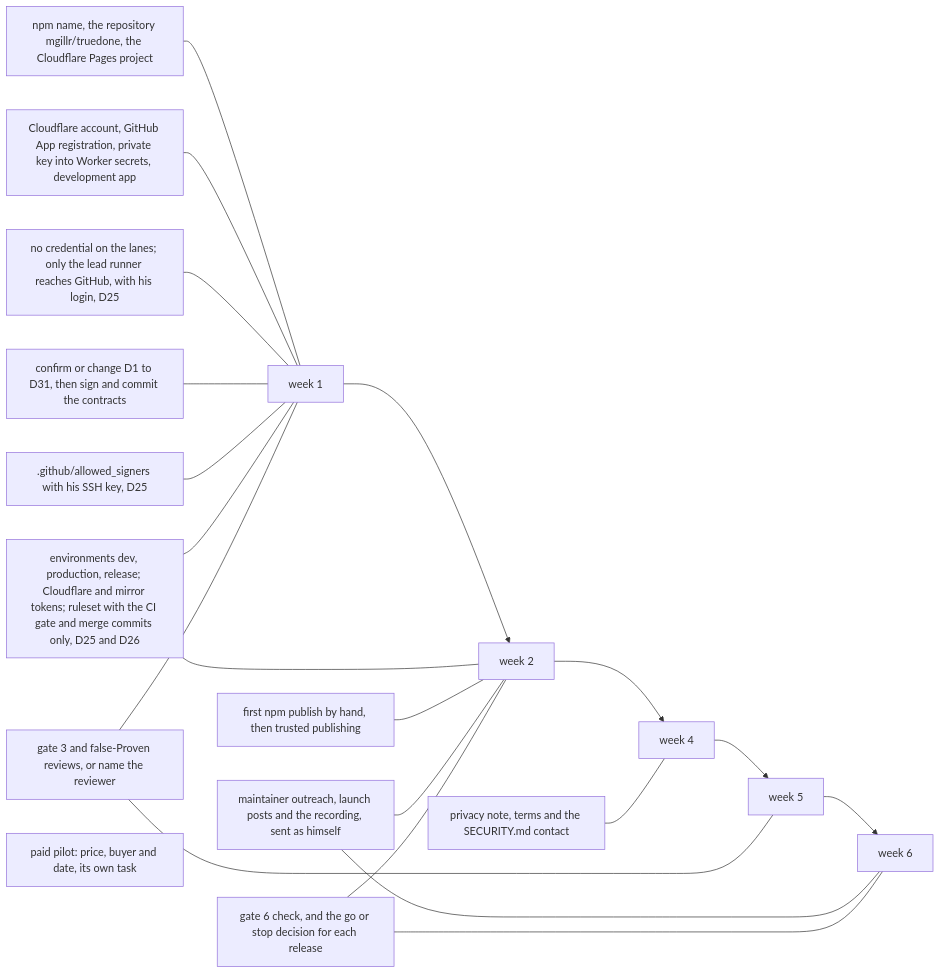
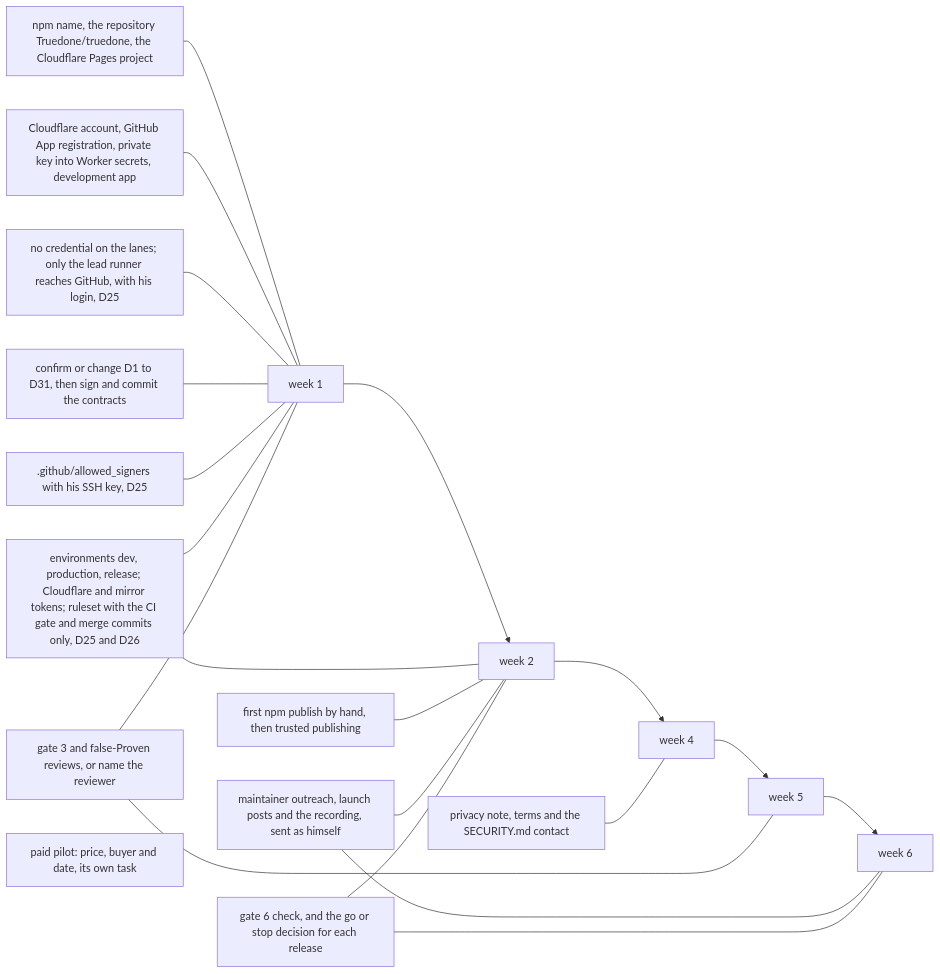
The first of 2 diagrams in docs/design/07-ryan-only.md (Truedone/truedone), drawn with Mermaid before and after one commit. The commit also changed other lines of this file and 6 other files, not shown here.

````diff
--- a/docs/design/07-ryan-only.md
+++ b/docs/design/07-ryan-only.md
@@ -24,20 +25,20 @@
 ```mermaid
 flowchart LR
   W1["week 1"] --> W2["week 2"] --> W4["week 4"] --> W5["week 5"] --> W6["week 6"]
-  N["npm name, the repository mgillr/truedone, the Cloudflare Pages project"] --- W1
+  N["npm name, the repository Truedone/truedone, the Cloudflare Pages project"] --- W1
   CF["Cloudflare account, GitHub App registration, private key into Worker secrets, development app"] --- W1
   TOK["no credential on the lanes; only the lead runner reaches GitHub, with his login, D25"] --- W1
   CON["confirm or change D1 to D31, then sign and commit the contracts"] --- W1
   MA[".github/allowed_signers with his SSH key, D25"] --- W1
   ENV["environments dev, production, release; Cloudflare and mirror tokens; ruleset with the CI gate and merge commits only, D25 and D26"] --- W1
   ENV --- W2
   REV["gate 3 and false-Proven reviews, or name the reviewer"] --- W1
   REV --- W5
   PUB["first npm publish by hand, then trusted publishing"] --- W2
   OUT["maintainer outreach, launch posts and the recording, sent as himself"] --- W2
   OUT --- W6
   G6["gate 6 check, and the go or stop decision for each release"] --- W2
   G6 --- W6
   POL["privacy note, terms and the SECURITY.md contact"] --- W4
   PIL["paid pilot: price, buyer and date, its own task"]
 ```
````
